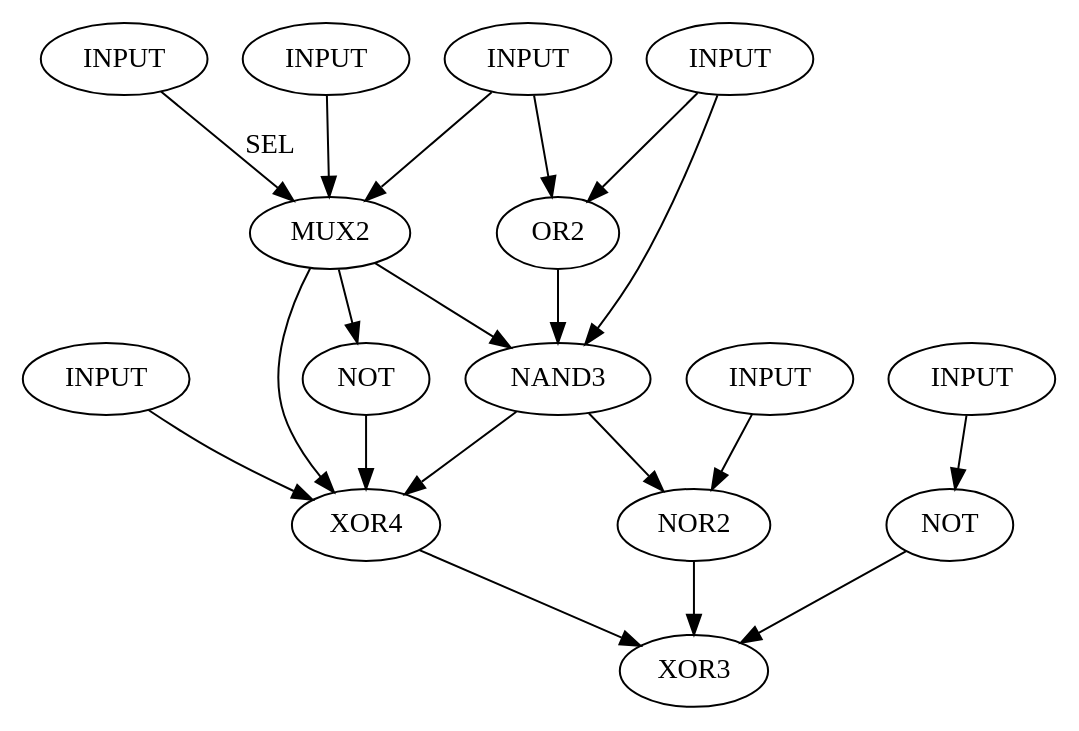
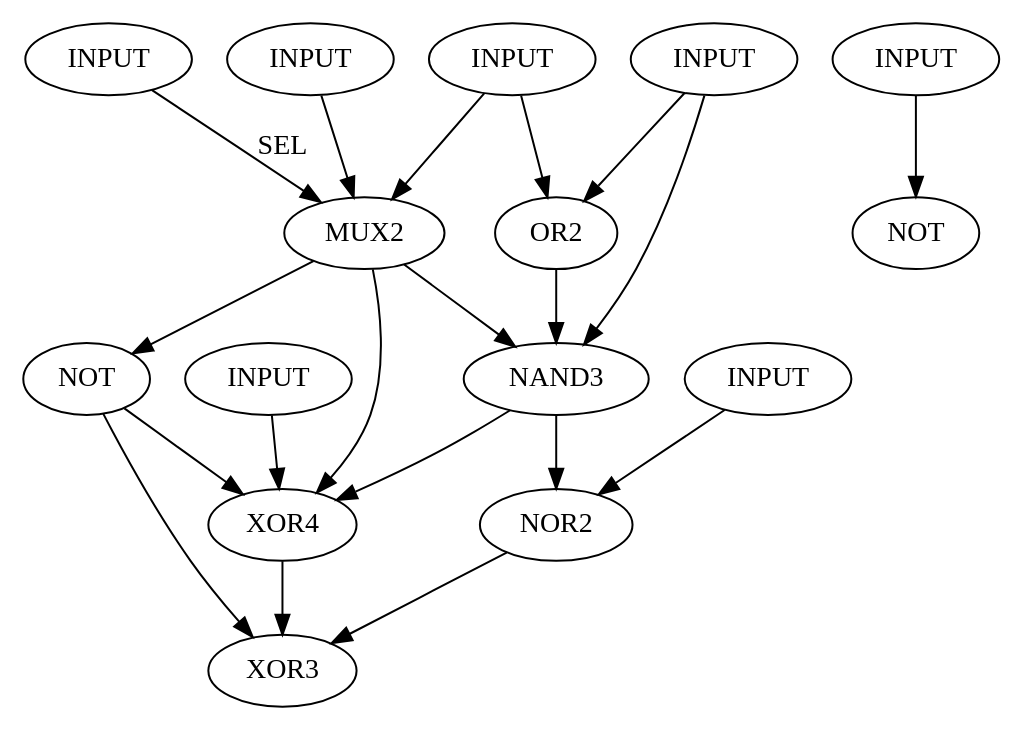
The diagram in fichier.dot (LogicCircuitSimalutor/Logic_Circuit_Simulator), drawn with Graphviz before and after one commit. The commit also changed 13 other files, not shown here.

```diff
--- a/fichier.dot
+++ b/fichier.dot
@@ -1,45 +1,46 @@
 digraph circuit
 
 {
 
 
 in1[label="INPUT"];
 in2[label="INPUT"];
 in3[label="INPUT"];
 in4[label="INPUT"];
 in5[label="INPUT"];
 in6[label="INPUT"];
 in7[label="INPUT"];
 
 a[label="MUX2"];
 b[label="OR2"];
 c[label="NOT"];
 d[label="NAND3"];
 e[label="XOR4"];
 f[label="NOR2"];
 g[label="NOT"];
 h[label="XOR3"];
 
 in1->a[label="SEL"];
 in2->a;
 in3->a;
 in3->b;
 in4->b;
 in4->d;
 in5->e;
 in6->f;
 in7->g;
 
 a->c;
 a->e;
 a->d;
 
 b->d;
 c->e;
 d->e;
 d->f;
 e->h;
 f->h;
-g->h;
+c->h;
+
 
 }
```
